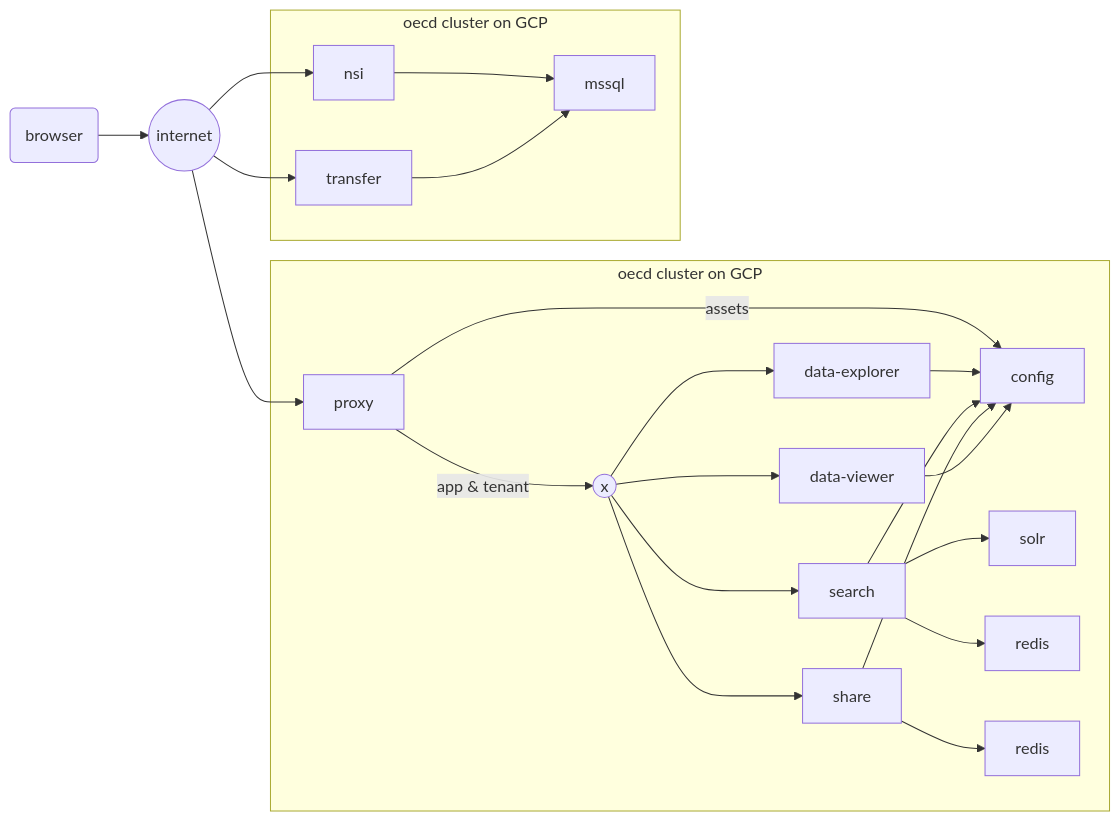
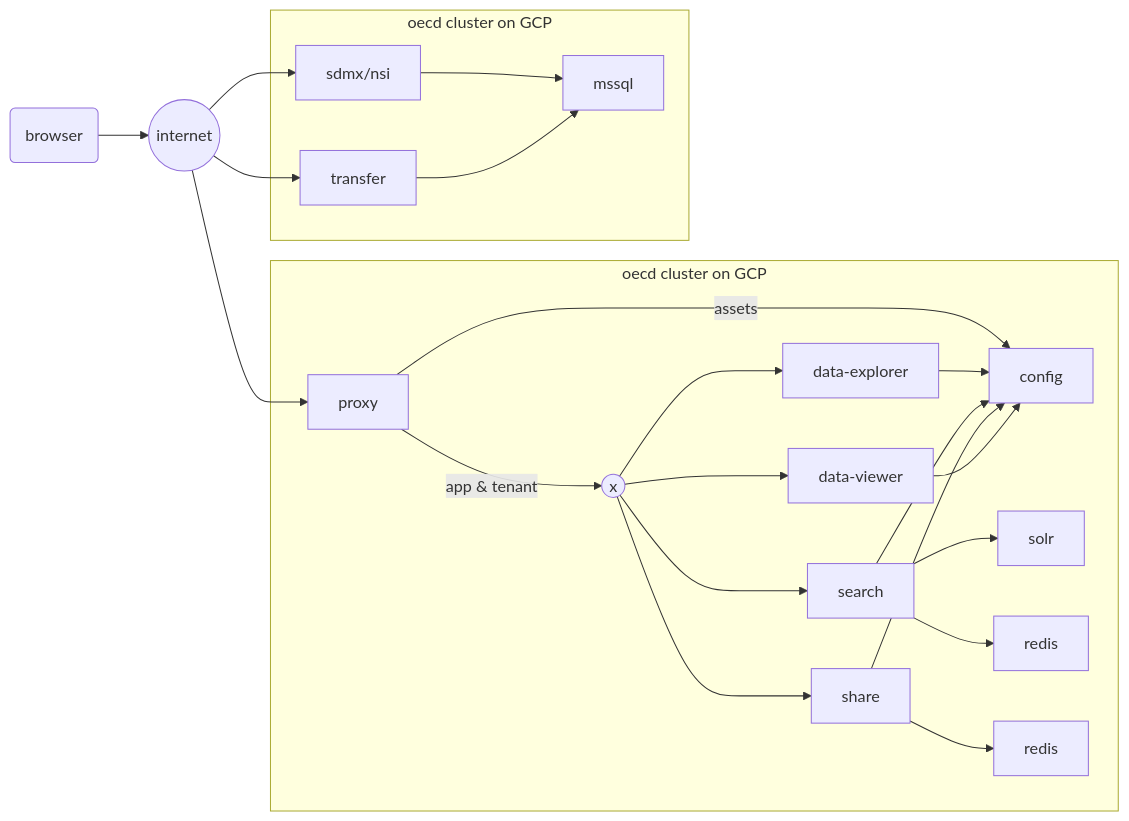
One commit to mmiranda222/.statsuite changed the fourth of 8 diagrams in content/getting started/framework.md. Above: the diagram before and after it, drawn with Mermaid. The commit also changed other lines of this file, not shown here.

````diff
--- a/content/getting started/framework.md
+++ b/content/getting started/framework.md
@@ -316,42 +374,42 @@
 ```mermaid
 graph LR
 id1(browser)
 id2((internet))
 id3[proxy]
 id4[data-explorer]
 id12[data-viewer]
 id5[search]
 id6[share]
 id7[config]
 id8[solr]
 id9[redis]
 id10[redis]
 id11((x))
-id13[nsi]
+id13[sdmx/nsi]
 id14[transfer]
 id15[mssql]
 
 id1 --> id2
 id2 --> id3
 subgraph oecd cluster on GCP
 id3 -->|app & tenant| id11
 id3 -->|assets| id7
 id11 --> id4
 id11 --> id5
 id11 --> id6
 id11 --> id12
 id4 --> id7
 id5 --> id7
 id5 --> id8
 id5 --> id9
 id6 --> id7
 id6 --> id10
 id12 --> id7
 end
 id2 --> id13
 id2 --> id14
 subgraph oecd cluster on GCP
 id13 --> id15
 id14 --> id15
 end
 ```
````
